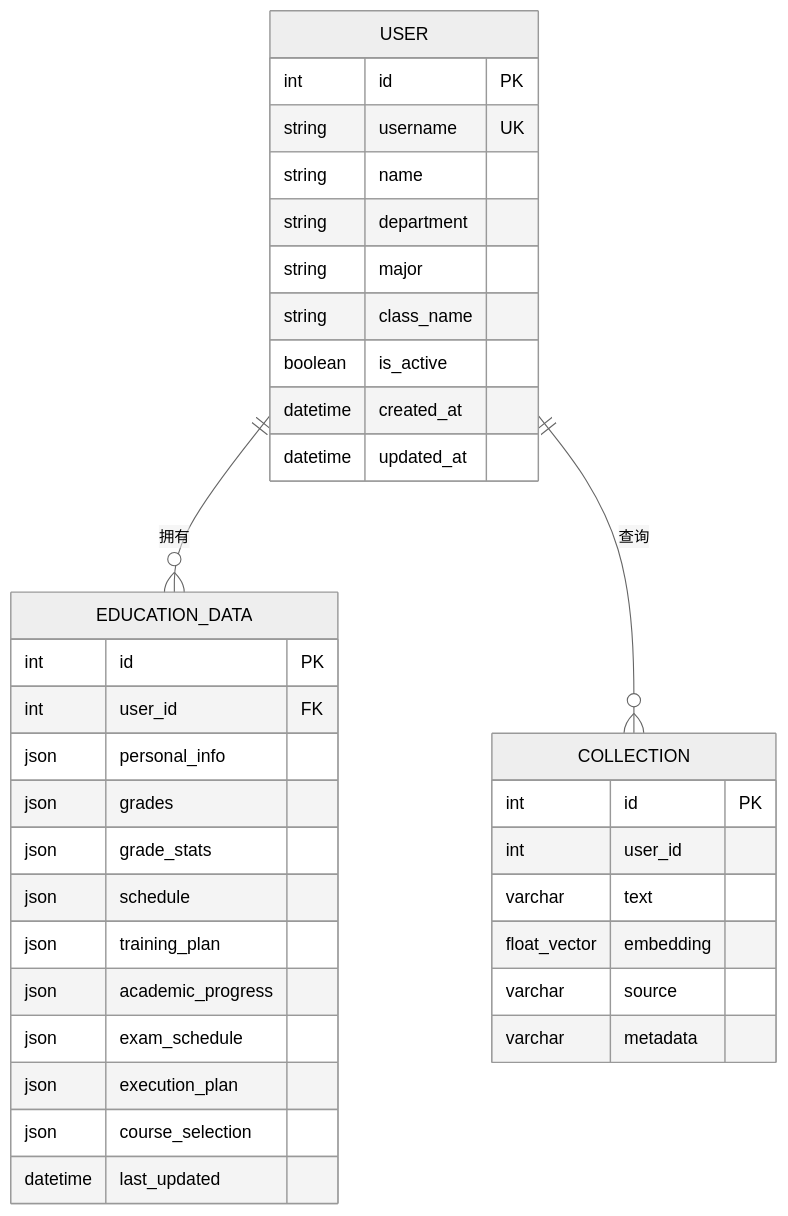
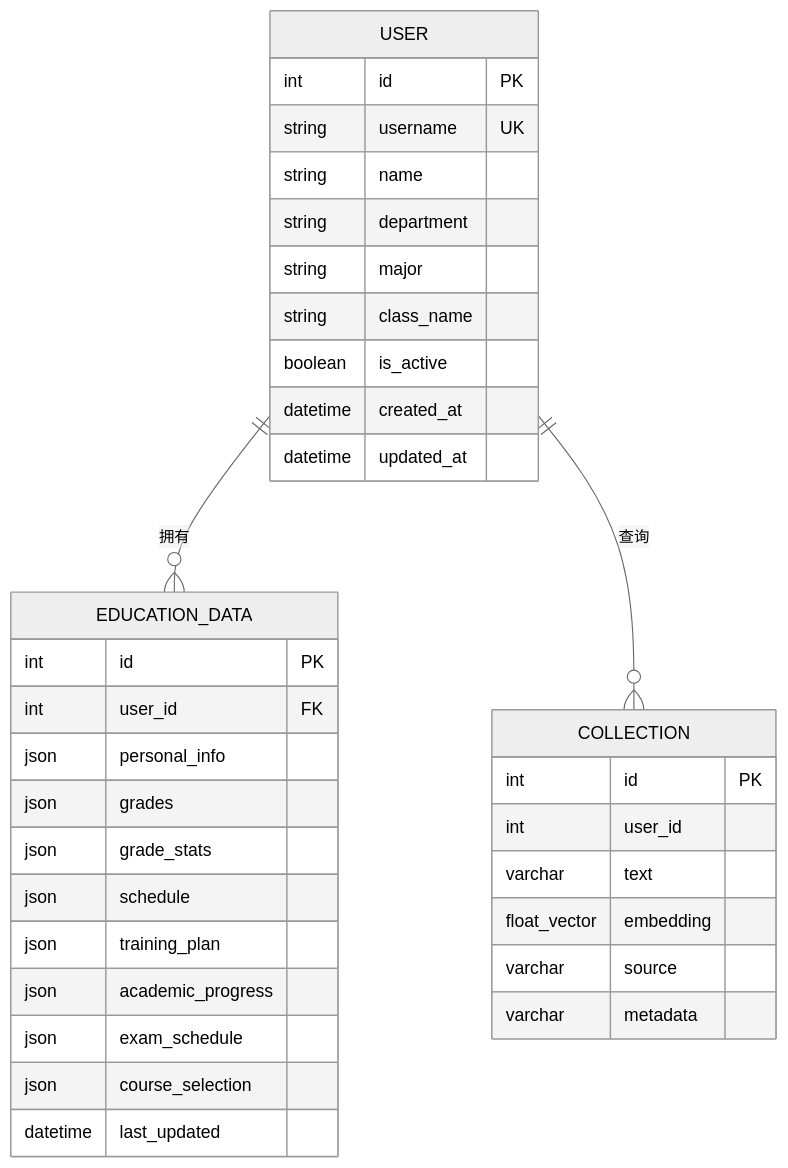
Before and after one commit to ghbbn053-ship-itsoulddog/soulddog: diagram 11 of 22 in .qoder/repowiki/zh/content/AI智能问答系统/RAG架构设计.md, drawn with Mermaid (neutral theme). The commit also changed other lines of this file and 119 other files, not shown here.

````diff
--- a/.qoder/repowiki/zh/content/AI智能问答系统/RAG架构设计.md
+++ b/.qoder/repowiki/zh/content/AI智能问答系统/RAG架构设计.md
@@ -410,38 +427,37 @@
 ```mermaid
 erDiagram
 COLLECTION {
 int id PK
 int user_id
 varchar text
 float_vector embedding
 varchar source
 varchar metadata
 }
 USER {
 int id PK
 string username UK
 string name
 string department
 string major
 string class_name
 boolean is_active
 datetime created_at
 datetime updated_at
 }
 EDUCATION_DATA {
 int id PK
 int user_id FK
 json personal_info
 json grades
 json grade_stats
 json schedule
 json training_plan
 json academic_progress
 json exam_schedule
-json execution_plan
 json course_selection
 datetime last_updated
 }
 USER ||--o{ EDUCATION_DATA : "拥有"
 USER ||--o{ COLLECTION : "查询"
 ```
````
